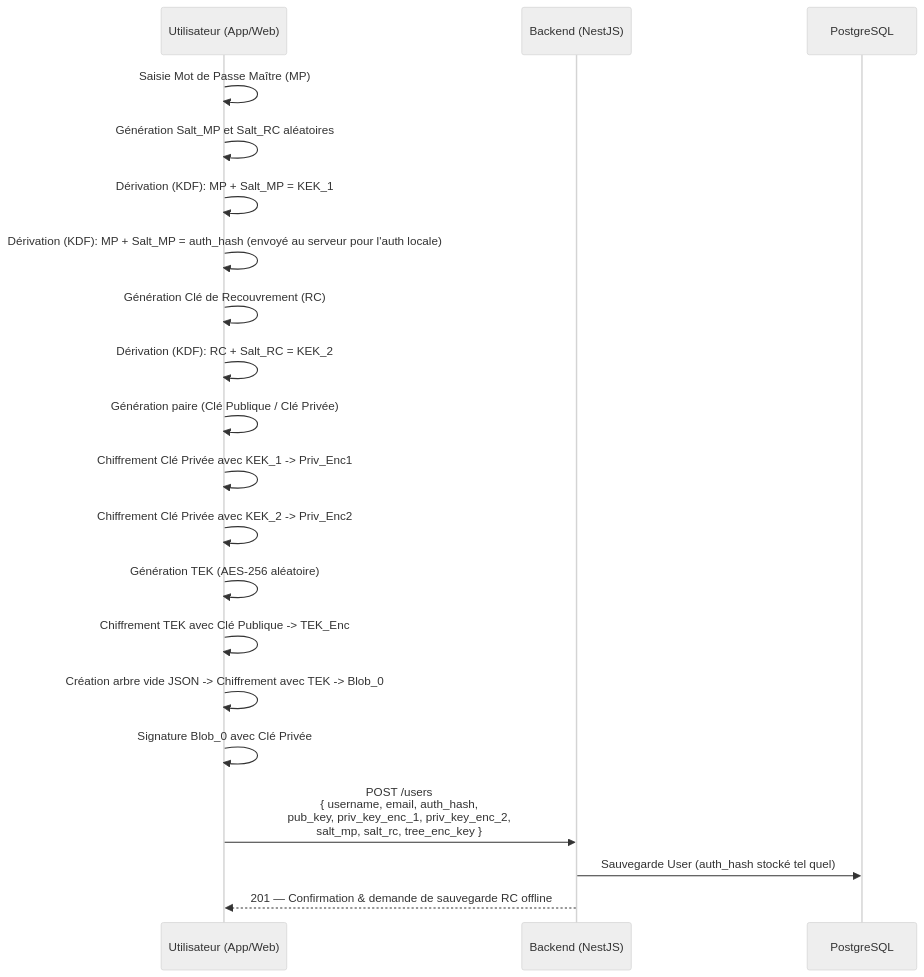
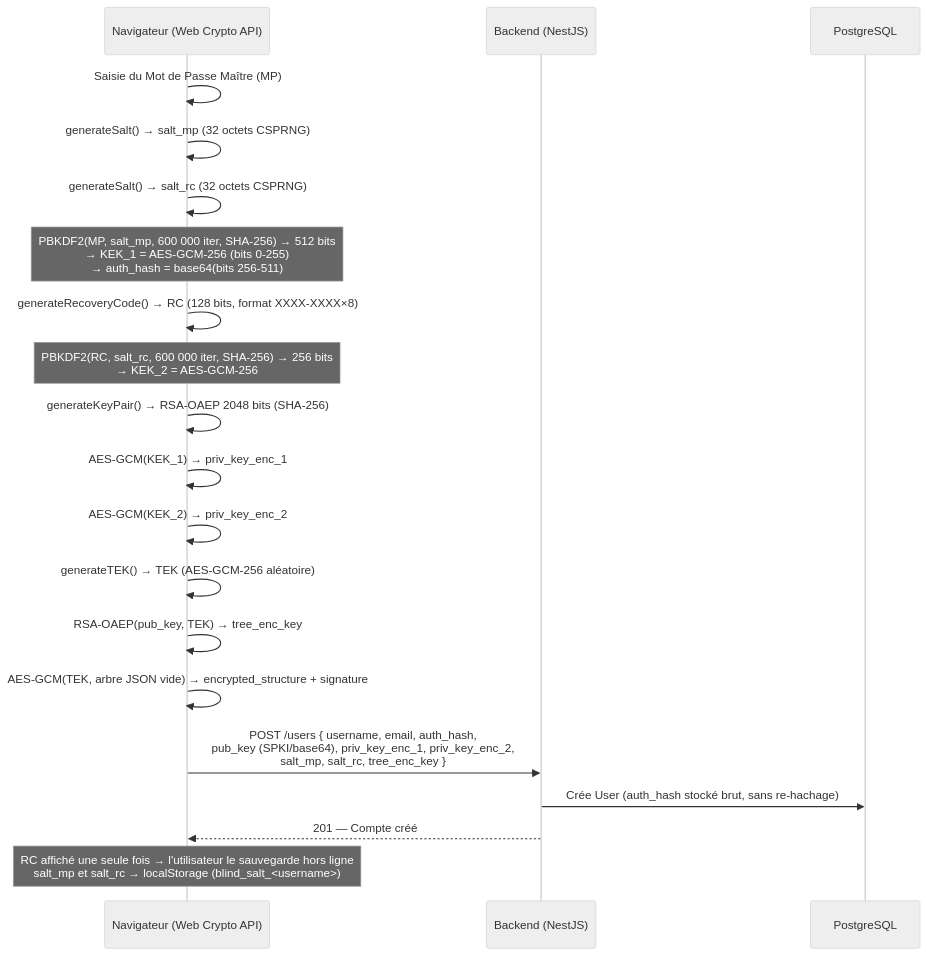
One commit to blind-storage/back-end changed the first of 10 diagrams in doc/crypto-flows.md. Above: the diagram before and after it, drawn with Mermaid (neutral theme). The commit also changed other lines of this file and 2 other files, not shown here.

Commit message:
docs: update README and crypto documentation for clarity and structure

````diff
--- a/doc/crypto-flows.md
+++ b/doc/crypto-flows.md
@@ -7,23 +11,23 @@
 ```mermaid
 sequenceDiagram
-    participant U as Utilisateur (App/Web)
+    participant U as Navigateur (Web Crypto API)
     participant B as Backend (NestJS)
     participant DB as PostgreSQL
 
-    U->>U: Saisie Mot de Passe Maître (MP)
-    U->>U: Génération Salt_MP et Salt_RC aléatoires
-    U->>U: Dérivation (KDF): MP + Salt_MP = KEK_1
-    U->>U: Dérivation (KDF): MP + Salt_MP = auth_hash  (envoyé au serveur pour l'auth locale)
-    U->>U: Génération Clé de Recouvrement (RC)
-    U->>U: Dérivation (KDF): RC + Salt_RC = KEK_2
-    U->>U: Génération paire (Clé Publique / Clé Privée)
-    U->>U: Chiffrement Clé Privée avec KEK_1 -> Priv_Enc1
-    U->>U: Chiffrement Clé Privée avec KEK_2 -> Priv_Enc2
-    U->>U: Génération TEK (AES-256 aléatoire)
-    U->>U: Chiffrement TEK avec Clé Publique -> TEK_Enc
-    U->>U: Création arbre vide JSON -> Chiffrement avec TEK -> Blob_0
-    U->>U: Signature Blob_0 avec Clé Privée
-    U->>B: POST /users<br/>{ username, email, auth_hash,<br/>  pub_key, priv_key_enc_1, priv_key_enc_2,<br/>  salt_mp, salt_rc, tree_enc_key }
-    B->>DB: Sauvegarde User (auth_hash stocké tel quel)
-    B-->>U: 201 — Confirmation & demande de sauvegarde RC offline
+    U->>U: Saisie du Mot de Passe Maître (MP)
+    U->>U: generateSalt() → salt_mp (32 octets CSPRNG)
+    U->>U: generateSalt() → salt_rc (32 octets CSPRNG)
+    Note over U: PBKDF2(MP, salt_mp, 600 000 iter, SHA-256) → 512 bits<br/>→ KEK_1 = AES-GCM-256 (bits 0-255)<br/>→ auth_hash = base64(bits 256-511)
+    U->>U: generateRecoveryCode() → RC (128 bits, format XXXX-XXXX×8)
+    Note over U: PBKDF2(RC, salt_rc, 600 000 iter, SHA-256) → 256 bits<br/>→ KEK_2 = AES-GCM-256
+    U->>U: generateKeyPair() → RSA-OAEP 2048 bits (SHA-256)
+    U->>U: AES-GCM(KEK_1) → priv_key_enc_1
+    U->>U: AES-GCM(KEK_2) → priv_key_enc_2
+    U->>U: generateTEK() → TEK (AES-GCM-256 aléatoire)
+    U->>U: RSA-OAEP(pub_key, TEK) → tree_enc_key
+    U->>U: AES-GCM(TEK, arbre JSON vide) → encrypted_structure + signature
+    U->>B: POST /users { username, email, auth_hash,<br/>  pub_key (SPKI/base64), priv_key_enc_1, priv_key_enc_2,<br/>  salt_mp, salt_rc, tree_enc_key }
+    B->>DB: Crée User (auth_hash stocké brut, sans re-hachage)
+    B-->>U: 201 — Compte créé
+    Note over U: RC affiché une seule fois → l'utilisateur le sauvegarde hors ligne<br/>salt_mp et salt_rc → localStorage (blind_salt_<username>)
 ```
````
